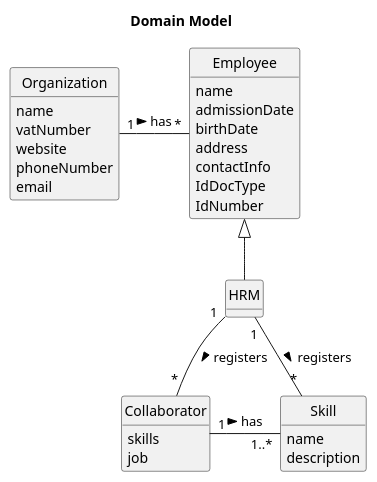
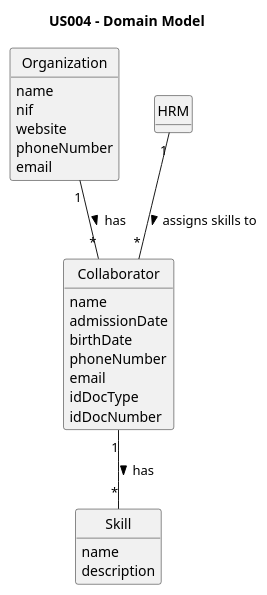
One commit to Rui-San/LAPR2_2023_2024 changed the diagram in docs/sprintA/us004/02.analysis/puml/us004-domain-model.puml. Above: the diagram before and after it, drawn with PlantUML.

Commit message:
US04: Fixed domain model

```diff
--- a/docs/sprintA/us004/02.analysis/puml/us004-domain-model.puml
+++ b/docs/sprintA/us004/02.analysis/puml/us004-domain-model.puml
@@ -1,51 +1,46 @@
 @startuml
 skinparam monochrome true
 skinparam packageStyle rectangle
 skinparam shadowing false
-'skinparam linetype ortho
+
 'left to right direction
+
 skinparam classAttributeIconSize 0
+
 hide circle
 hide methods
 
-title Domain Model
+title US004 - Domain Model
 
 class Organization {
     name
-    vatNumber
+    nif
     website
     phoneNumber
     email
 }
 
-class Employee {
+class Skill{
     name
-    admissionDate
-    birthDate
-    address
-    contactInfo
-    IdDocType
-    IdNumber
+    description
 }
 
 class HRM{
 
 }
 
 class Collaborator{
-    skills
-    job
+    name
+    admissionDate
+    birthDate
+    phoneNumber
+    email
+    idDocType
+    idDocNumber
 }
 
-class Skill{
-    name
-    description
-}
-
-Organization "1" --right "*" Employee : "has >"
-HRM --up|> Employee
-HRM "1" -- "*" Collaborator : "registers >"
-HRM "1" -- "*" Skill : "registers >"
-Collaborator "1" --right "1..*" Skill : "has >"
+Organization "1" -- "*" Collaborator : "has >"
+HRM "1" -- "*" Collaborator : "assigns skills to >"
+Collaborator "1" -- "*" Skill : "has >"
 
 @enduml
```
